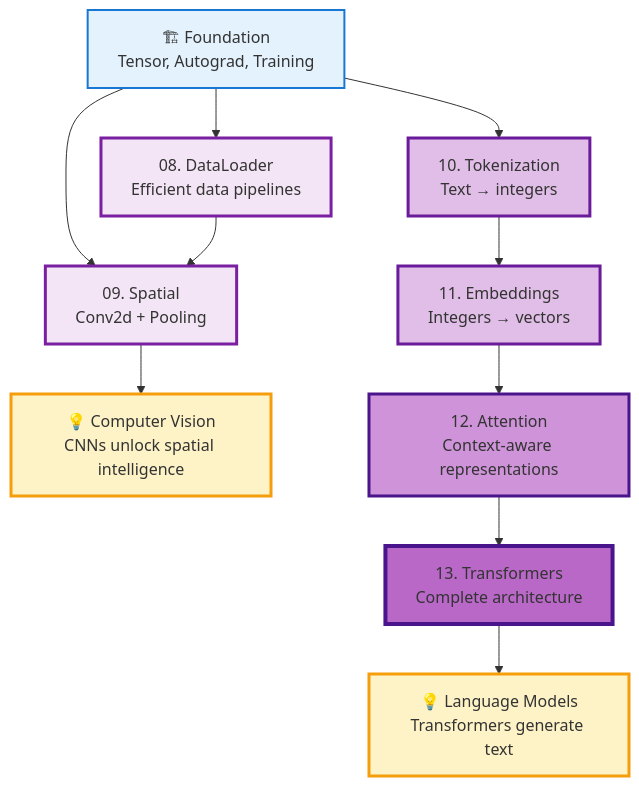
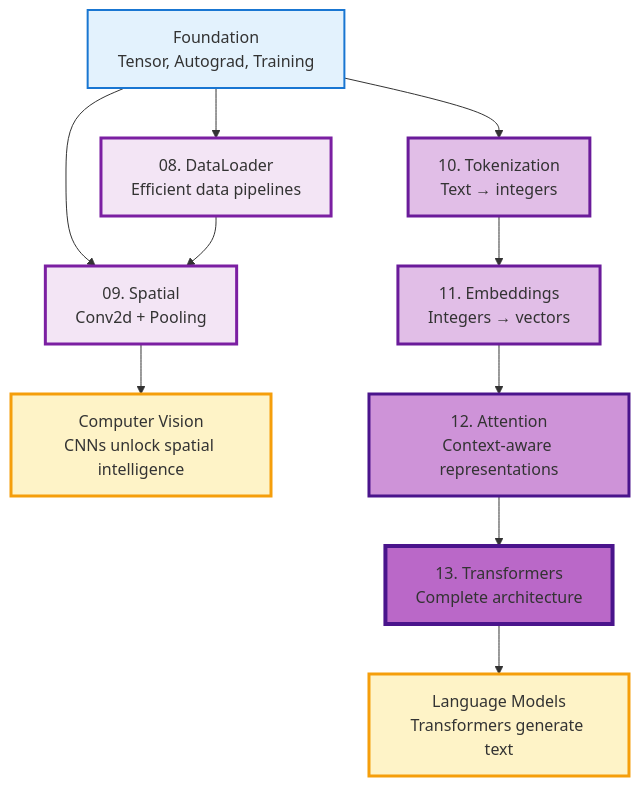
Before and after one commit to harvard-edge/cs249r_book: the first of 2 diagrams in tinytorch/site/tiers/architecture.md, drawn with Mermaid. The commit also changed other lines of this file and 56 other files, not shown here.

````diff
--- a/tinytorch/site/tiers/architecture.md
+++ b/tinytorch/site/tiers/architecture.md
@@ -20,29 +20,29 @@
 ```{mermaid}
 :align: center
 :caption: Architecture Overview
 graph TB
-    F[🏗 Foundation<br/>Tensor, Autograd, Training]
+ F[ Foundation<br/>Tensor, Autograd, Training]
 
-    F --> M08[08. DataLoader<br/>Efficient data pipelines]
-    F --> M09[09. Spatial<br/>Conv2d + Pooling]
+ F --> M08[08. DataLoader<br/>Efficient data pipelines]
+ F --> M09[09. Spatial<br/>Conv2d + Pooling]
 
-    M08 --> M09
-    M09 --> VISION[💡 Computer Vision<br/>CNNs unlock spatial intelligence]
+ M08 --> M09
+ M09 --> VISION[ Computer Vision<br/>CNNs unlock spatial intelligence]
 
-    F --> M10[10. Tokenization<br/>Text → integers]
-    M10 --> M11[11. Embeddings<br/>Integers → vectors]
-    M11 --> M12[12. Attention<br/>Context-aware representations]
-    M12 --> M13[13. Transformers<br/>Complete architecture]
+ F --> M10[10. Tokenization<br/>Text → integers]
+ M10 --> M11[11. Embeddings<br/>Integers → vectors]
+ M11 --> M12[12. Attention<br/>Context-aware representations]
+ M12 --> M13[13. Transformers<br/>Complete architecture]
 
-    M13 --> LLM[💡 Language Models<br/>Transformers generate text]
+ M13 --> LLM[ Language Models<br/>Transformers generate text]
 
-    style F fill:#e3f2fd,stroke:#1976d2,stroke-width:2px
-    style M08 fill:#f3e5f5,stroke:#7b1fa2,stroke-width:3px
-    style M09 fill:#f3e5f5,stroke:#7b1fa2,stroke-width:3px
-    style M10 fill:#e1bee7,stroke:#6a1b9a,stroke-width:3px
-    style M11 fill:#e1bee7,stroke:#6a1b9a,stroke-width:3px
-    style M12 fill:#ce93d8,stroke:#4a148c,stroke-width:3px
-    style M13 fill:#ba68c8,stroke:#4a148c,stroke-width:4px
-    style VISION fill:#fef3c7,stroke:#f59e0b,stroke-width:3px
-    style LLM fill:#fef3c7,stroke:#f59e0b,stroke-width:3px
+ style F fill:#e3f2fd,stroke:#1976d2,stroke-width:2px
+ style M08 fill:#f3e5f5,stroke:#7b1fa2,stroke-width:3px
+ style M09 fill:#f3e5f5,stroke:#7b1fa2,stroke-width:3px
+ style M10 fill:#e1bee7,stroke:#6a1b9a,stroke-width:3px
+ style M11 fill:#e1bee7,stroke:#6a1b9a,stroke-width:3px
+ style M12 fill:#ce93d8,stroke:#4a148c,stroke-width:3px
+ style M13 fill:#ba68c8,stroke:#4a148c,stroke-width:4px
+ style VISION fill:#fef3c7,stroke:#f59e0b,stroke-width:3px
+ style LLM fill:#fef3c7,stroke:#f59e0b,stroke-width:3px
 ```
````
